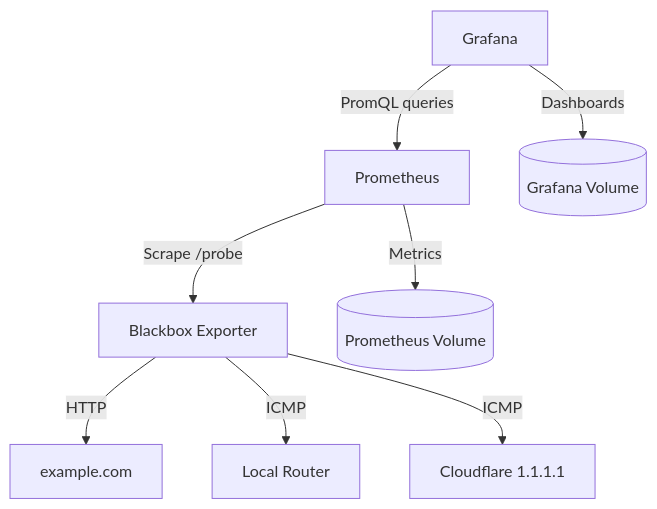
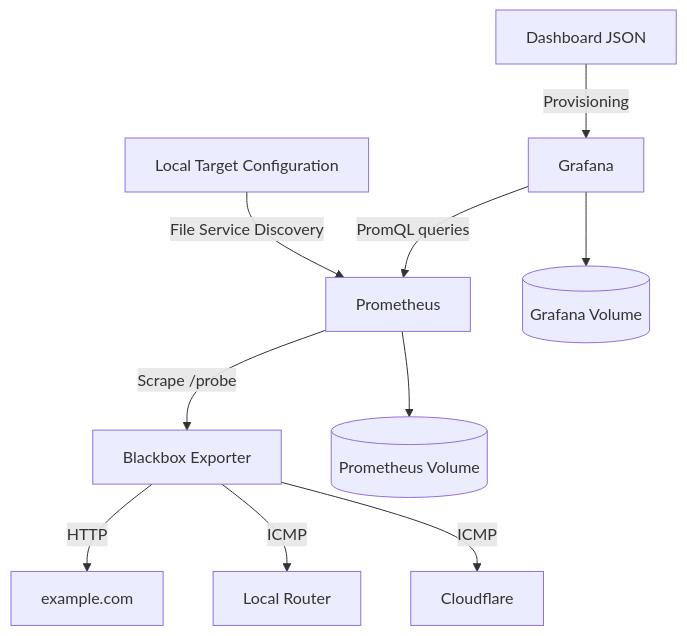
One commit to fikuslo/homelab-observability changed the diagram in README.md. Above: the diagram before and after it, drawn with Mermaid. The commit also changed other lines of this file and 6 other files, not shown here.

Commit message:
feat: automate dashboard provisioning and externalize monitoring targets

````diff
--- a/README.md
+++ b/README.md
@@ -23,12 +22,15 @@
 ```mermaid
 flowchart TD
     G[Grafana] -->|PromQL queries| P[Prometheus]
     P -->|Scrape /probe| B[Blackbox Exporter]
 
     B -->|HTTP| H[example.com]
     B -->|ICMP| R[Local Router]
-    B -->|ICMP| C[Cloudflare 1.1.1.1]
+    B -->|ICMP| C[Cloudflare]
 
-    P -->|Metrics| V[(Prometheus Volume)]
-    G -->|Dashboards| D[(Grafana Volume)]
+    F[Local Target Configuration] -->|File Service Discovery| P
+    J[Dashboard JSON] -->|Provisioning| G
+
+    P --> V[(Prometheus Volume)]
+    G --> D[(Grafana Volume)]
 ```
````
